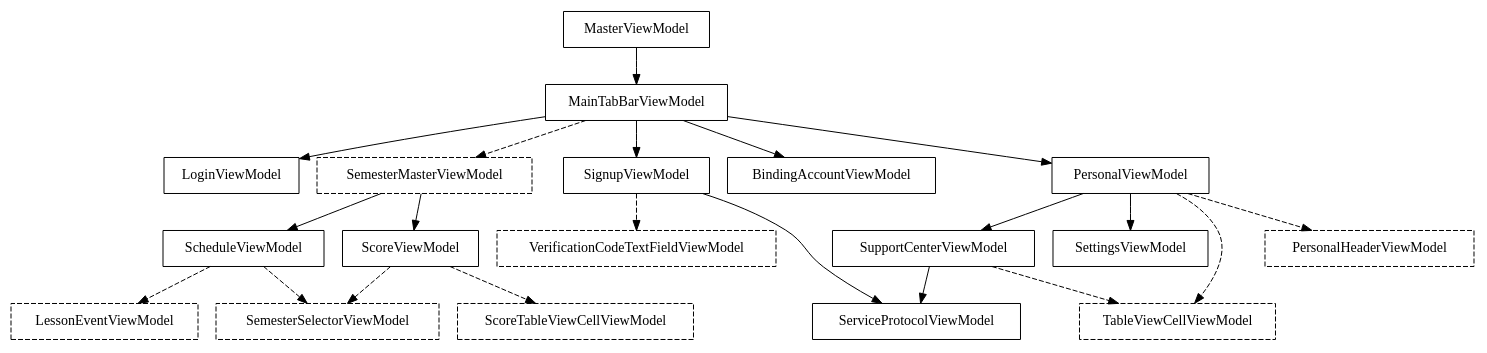
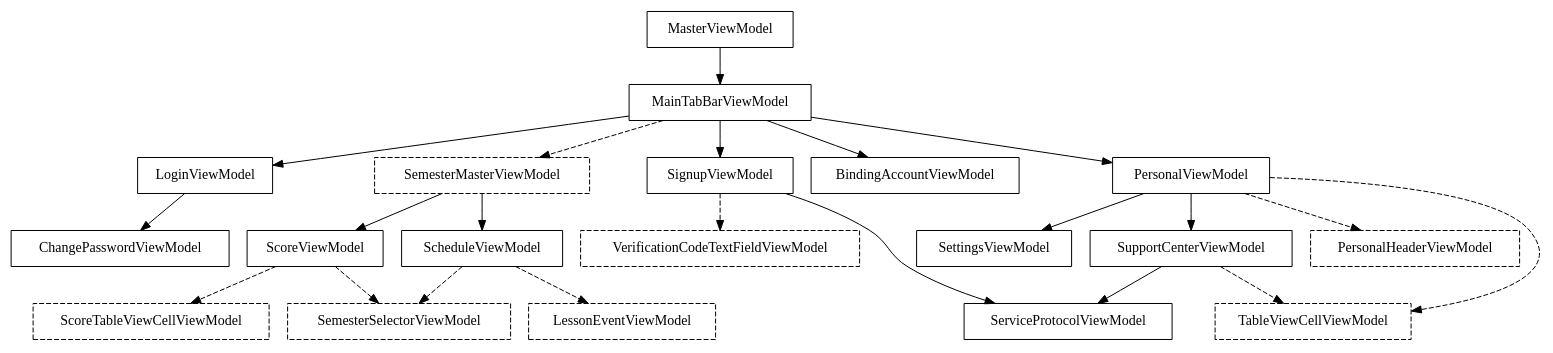
Before and after one commit to ty0x2333/XujcClient-iOS: the diagram in Graphviz/ViewModel.dot, drawn with Graphviz.

Commit message:
M Graphviz ViewModel add ChangePasswordViewModel

```diff
--- a/Graphviz/ViewModel.dot
+++ b/Graphviz/ViewModel.dot
@@ -1,38 +1,38 @@
 digraph ViewModel{
 	node[shape = record];
 
 	MasterViewModel->MainTabBarViewModel;
 
-	MainTabBarViewModel->LoginViewModel;
+	MainTabBarViewModel->LoginViewModel->ChangePasswordViewModel;
 	MainTabBarViewModel->SignupViewModel->ServiceProtocolViewModel;
 	SignupViewModel->VerificationCodeTextFieldViewModel[style = dashed];
 	VerificationCodeTextFieldViewModel[style = dashed];
 	MainTabBarViewModel->SemesterMasterViewModel[style = dashed];
 	MainTabBarViewModel->BindingAccountViewModel;
 	MainTabBarViewModel->PersonalViewModel;
 
 	SemesterMasterViewModel[style = dashed];
 	SemesterMasterViewModel->ScheduleViewModel;
 	SemesterMasterViewModel->ScoreViewModel;
 
 	ScheduleViewModel->LessonEventViewModel[style = dashed];
 	ScheduleViewModel->SemesterSelectorViewModel[style = dashed];
 	LessonEventViewModel[style = dashed];
 
 	ScoreViewModel->ScoreTableViewCellViewModel[style = dashed];
 	ScoreViewModel->SemesterSelectorViewModel[style = dashed];
 	ScoreTableViewCellViewModel[style = dashed];
 
 	SemesterSelectorViewModel[style = dashed];
 
 	TableViewCellViewModel[style = dashed];
 
 	PersonalViewModel->SettingsViewModel;
 	PersonalViewModel->SupportCenterViewModel;
 	PersonalViewModel->PersonalHeaderViewModel[style = dashed];
 	PersonalViewModel->TableViewCellViewModel[style = dashed];
 	PersonalHeaderViewModel[style = dashed];
 
 	SupportCenterViewModel->TableViewCellViewModel[style = dashed];
 	SupportCenterViewModel->ServiceProtocolViewModel;
 }
```
